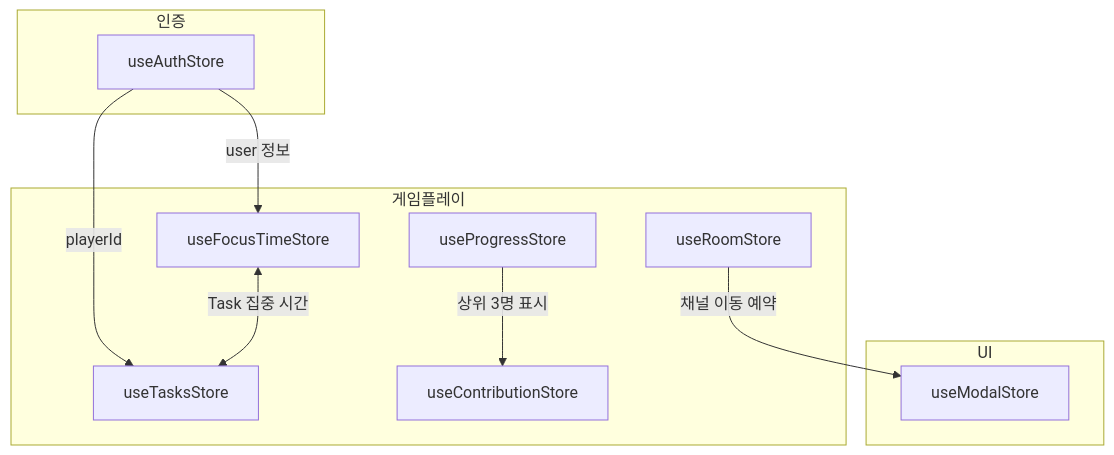
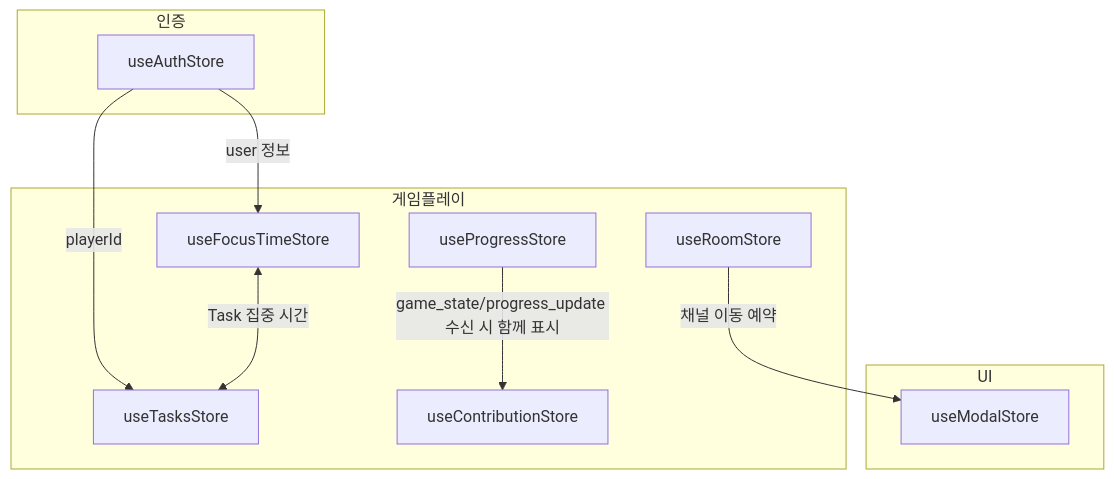
The second of 2 diagrams in docs/architecture/STATE_MANAGEMENT.md (boostcampwm2025/web19-estrogenquattro), drawn with Mermaid before and after one commit. The commit also changed 13 other files, not shown here.

````diff
--- a/docs/architecture/STATE_MANAGEMENT.md
+++ b/docs/architecture/STATE_MANAGEMENT.md
@@ -307,24 +307,24 @@
 ```mermaid
 flowchart TB
     subgraph 인증
         Auth[useAuthStore]
     end
 
     subgraph 게임플레이
         Focus[useFocusTimeStore]
         Tasks[useTasksStore]
         Progress[useProgressStore]
         Contributions[useContributionStore]
         Room[useRoomStore]
     end
 
     subgraph UI
         Modal[useModalStore]
     end
 
     Auth -->|user 정보| Focus
     Auth -->|playerId| Tasks
     Focus <-->|Task 집중 시간| Tasks
-    Progress -->|상위 3명 표시| Contributions
+    Progress -->|game_state/progress_update 수신 시 함께 표시| Contributions
     Room -->|채널 이동 예약| Modal
 ```
````
